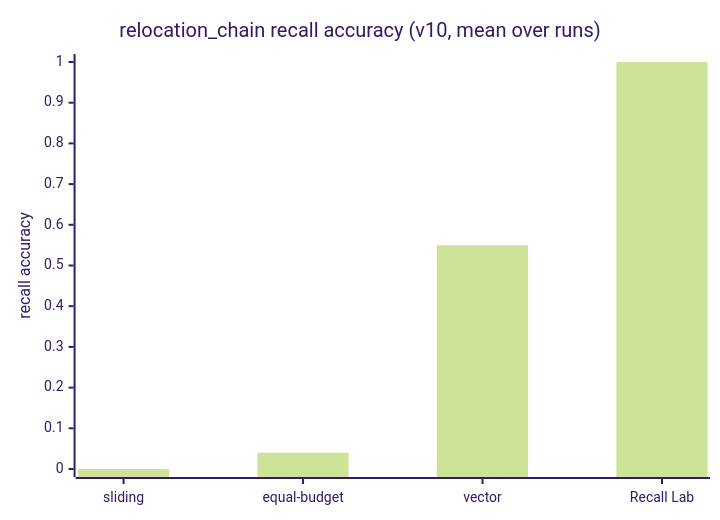
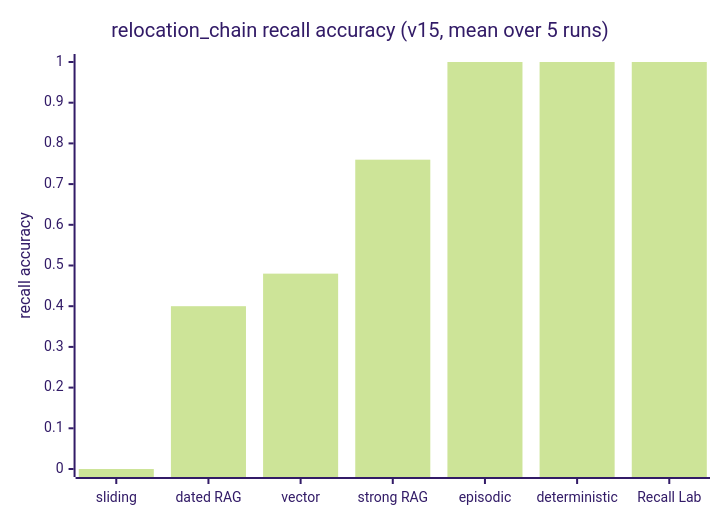
Before and after one commit to CynthiaOmovoiye/recall-lab: the fifth of 6 diagrams in diagrams/README.md, drawn with Mermaid (forest theme). The commit also changed other lines of this file and 3 other files, not shown here.

````diff
--- a/diagrams/README.md
+++ b/diagrams/README.md
@@ -115,7 +119,7 @@
 ```mermaid
 xychart-beta
-    title "relocation_chain recall accuracy (v10, mean over runs)"
-    x-axis ["sliding", "equal-budget", "vector", "Recall Lab"]
+    title "relocation_chain recall accuracy (v15, mean over 5 runs)"
+    x-axis ["sliding", "dated RAG", "vector", "strong RAG", "episodic", "deterministic", "Recall Lab"]
     y-axis "recall accuracy" 0 --> 1
-    bar [0.00, 0.04, 0.55, 1.00]
+    bar [0.00, 0.40, 0.48, 0.76, 1.00, 1.00, 1.00]
 ```
````
